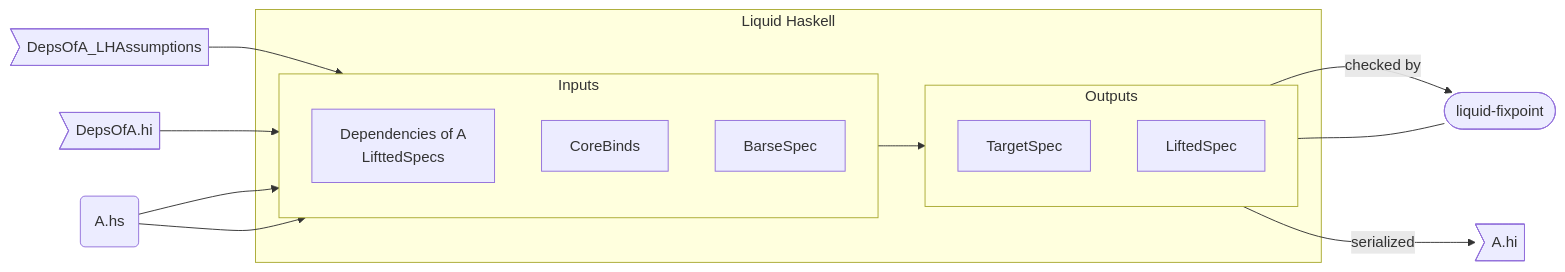
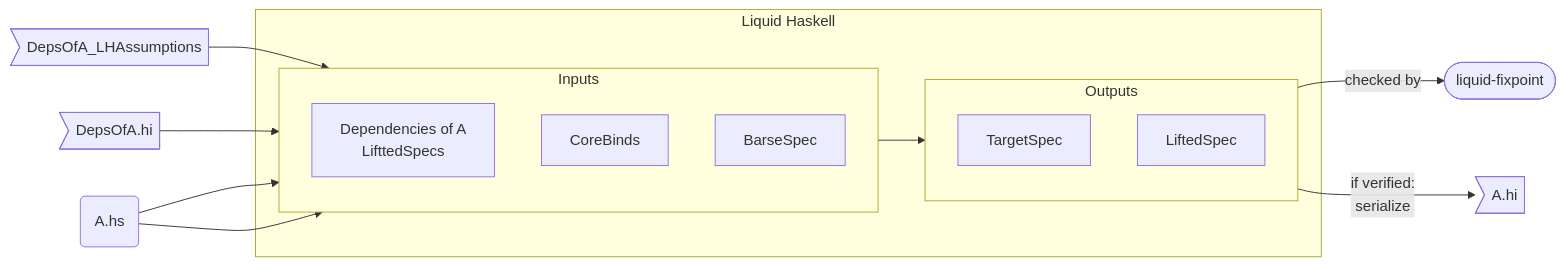
Before and after one commit to ucsd-progsys/liquidhaskell: the diagram in README.md, drawn with Mermaid.

Commit message:
remove misleading "backwards" link

````diff
--- a/README.md
+++ b/README.md
@@ -341,31 +341,31 @@
 ```mermaid
 flowchart LR
   subgraph Liquid Haskell
 
     subgraph Inputs
       direction TB
       H[
         Dependencies of A
         LifttedSpecs
         ]
       C[CoreBinds]
       B[BarseSpec]
     end
 
     subgraph Outputs
       direction TB
       T[TargetSpec]
       L[LiftedSpec]
     end
 
     Inputs --> Outputs
 
   end
 
   A>DepsOfA_LHAssumptions] --> H 
   Deps>DepsOfA.hi] --> H
   Mod(A.hs) --> C & B
   T -->|checked by| fixpoint([liquid-fixpoint])
-  L --- fixpoint
-  L --> |serialized| File>A.hi]
+  L --> |if verified:
+           serialize| File>A.hi]
   ```
````
